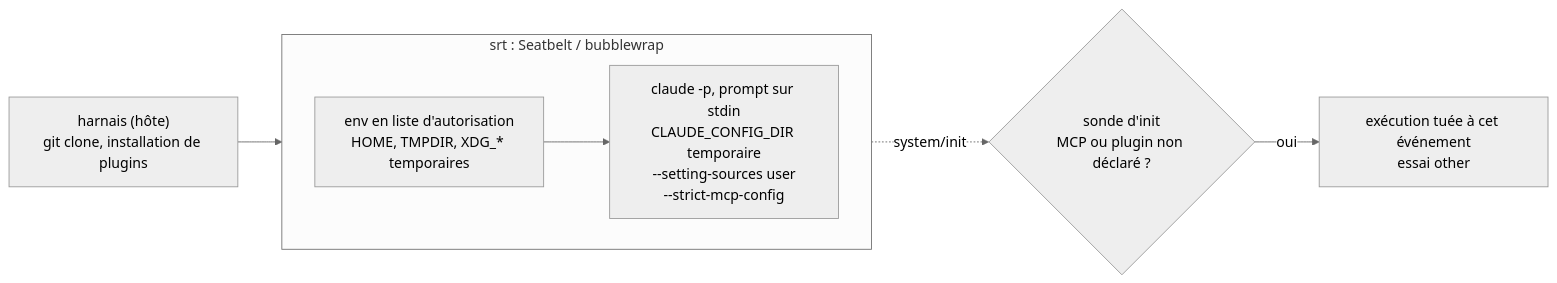
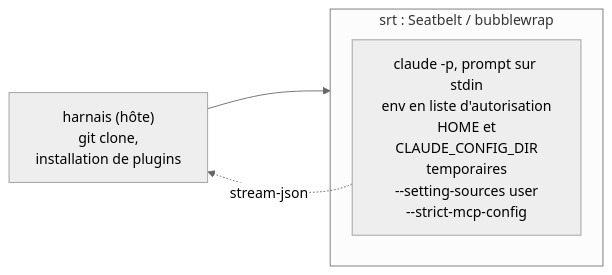
Before and after one commit to Luce-Florian/proctor: the first of 2 diagrams in docs/fr/agents/claude-code/index.md, drawn with Mermaid (neutral theme). The commit also changed other lines of this file and 23 other files, not shown here.

First line of the commit message:
docs: show the lifecycle, the judge, the sandbox and the reports as diagrams

````diff
--- a/docs/fr/agents/claude-code/index.md
+++ b/docs/fr/agents/claude-code/index.md
@@ -5,11 +5,8 @@
 ```mermaid
 flowchart LR
-    H["harnais (hôte)<br/>git clone, installation de plugins"] --> S
+    H["harnais (hôte)<br/>git clone,<br/>installation de plugins"] --> S
     subgraph S["srt : Seatbelt / bubblewrap"]
-        direction LR
-        E["env en liste d'autorisation<br/>HOME, TMPDIR, XDG_* temporaires"] --> C
-        C["claude -p, prompt sur stdin<br/>CLAUDE_CONFIG_DIR temporaire<br/>--setting-sources user<br/>--strict-mcp-config"]
+        C["claude -p, prompt sur stdin<br/>env en liste d'autorisation<br/>HOME et<br/>CLAUDE_CONFIG_DIR<br/>temporaires<br/>--setting-sources user<br/>--strict-mcp-config"]
     end
-    C -. "system/init" .-> P{"sonde d'init<br/>MCP ou plugin non déclaré ?"}
-    P -->|oui| O["exécution tuée à cet événement<br/>essai other"]
+    C -. "stream-json" .-> H
 ```
````
